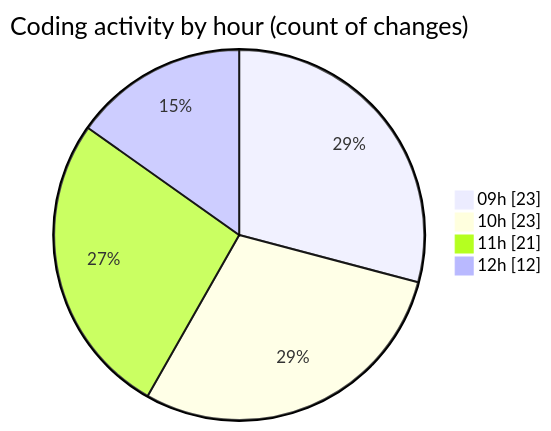
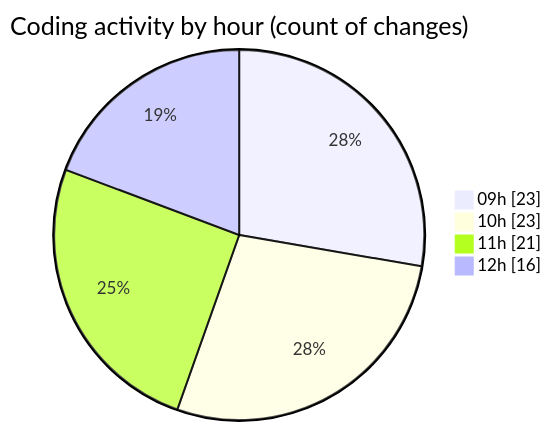
The second of 2 diagrams in 2025-12-04/cda/README.md (momahboobian/code-tracking), drawn with Mermaid before and after one commit. The commit also changed other lines of this file and 1 other file, not shown here.

````diff
--- a/2025-12-04/cda/README.md
+++ b/2025-12-04/cda/README.md
@@ -35,8 +36,8 @@
 ```mermaid
 pie showData
 title Coding activity by hour (count of changes)
 "09h" : 23
 "10h" : 23
 "11h" : 21
-"12h" : 12
+"12h" : 16
 ```
````
